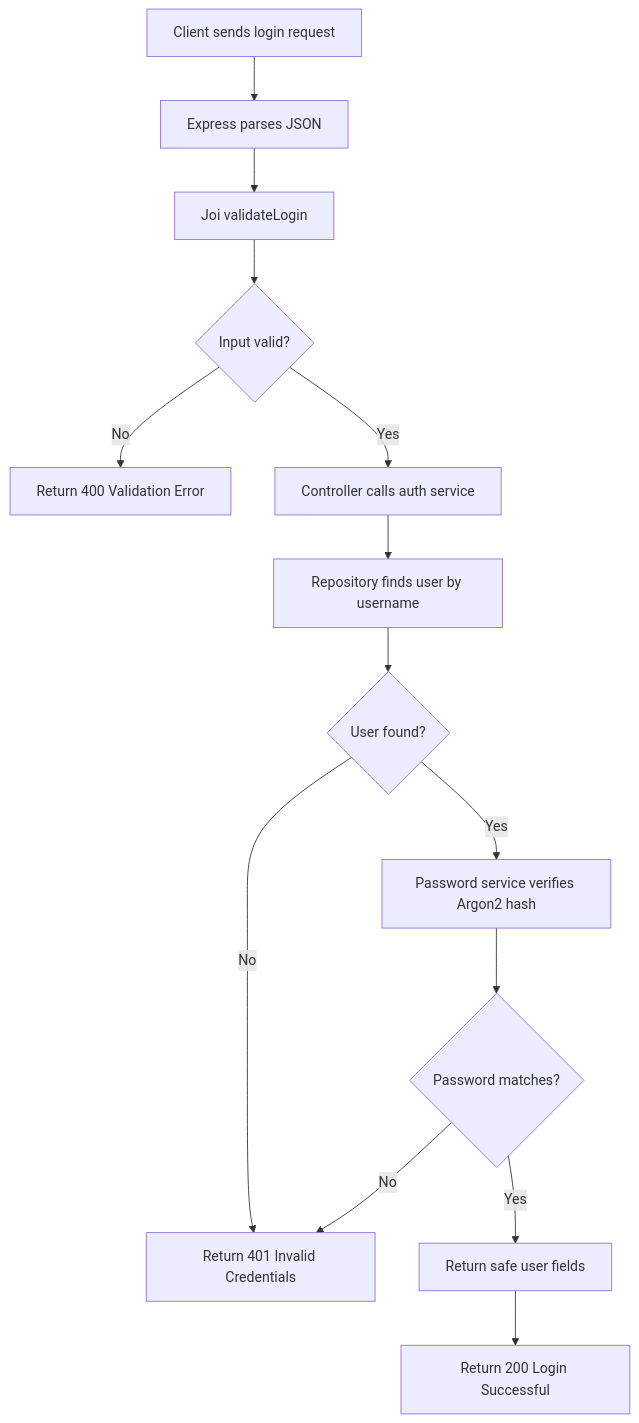
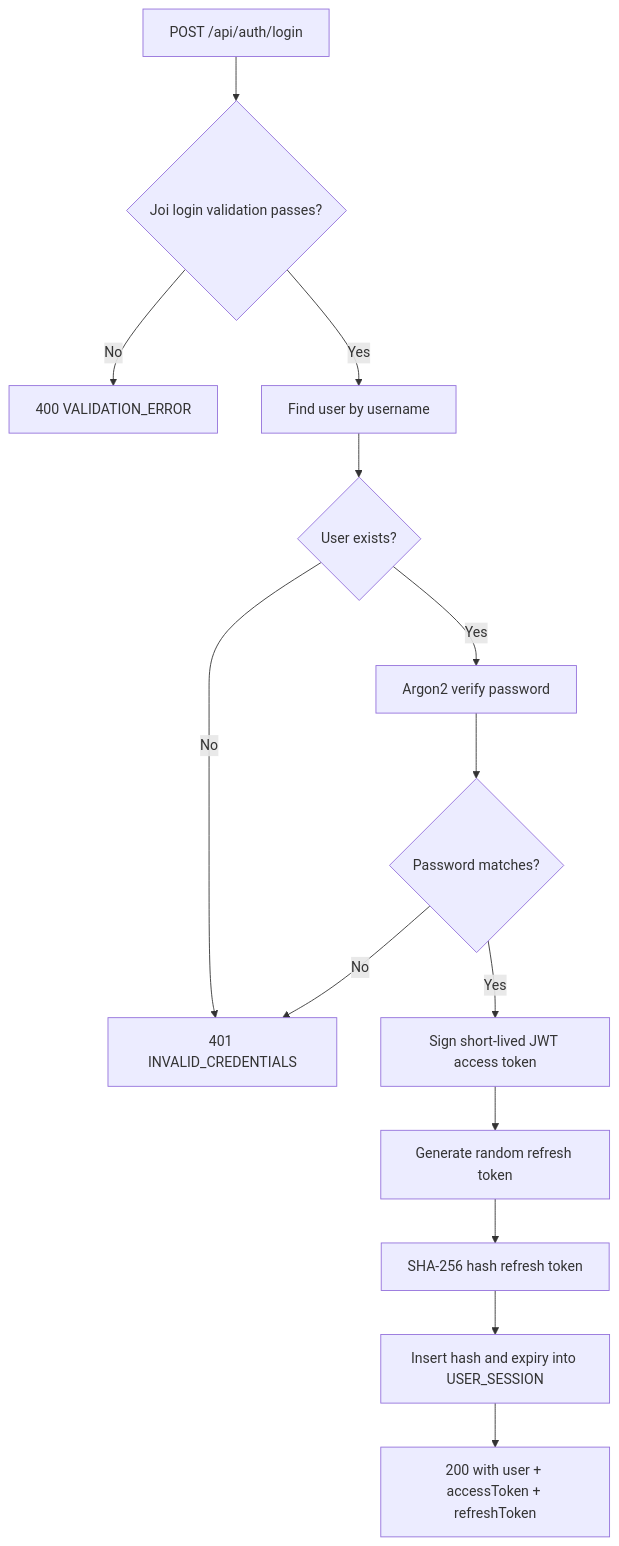
The second of 5 diagrams in README.md (kapilchand750-lang/mini_uber), drawn with Mermaid before and after one commit. The commit also changed other lines of this file, not shown here.

````diff
--- a/README.md
+++ b/README.md
@@ -234,16 +246,16 @@
-```mermaid
+``` mermaid
 flowchart TD
-    A[Client sends login request] --> B[Express parses JSON]
-    B --> C[Joi validateLogin]
-    C --> D{Input valid?}
-    D -- No --> E[Return 400 Validation Error]
-    D -- Yes --> F[Controller calls auth service]
-    F --> G[Repository finds user by username]
-    G --> H{User found?}
-    H -- No --> I[Return 401 Invalid Credentials]
-    H -- Yes --> J[Password service verifies Argon2 hash]
-    J --> K{Password matches?}
-    K -- No --> I
-    K -- Yes --> L[Return safe user fields]
-    L --> M[Return 200 Login Successful]
+    A[POST /api/auth/login] --> B{Joi login validation passes?}
+    B -- No --> C[400 VALIDATION_ERROR]
+    B -- Yes --> D[Find user by username]
+    D --> E{User exists?}
+    E -- No --> X[401 INVALID_CREDENTIALS]
+    E -- Yes --> F[Argon2 verify password]
+    F --> G{Password matches?}
+    G -- No --> X
+    G -- Yes --> H[Sign short-lived JWT access token]
+    H --> I[Generate random refresh token]
+    I --> J[SHA-256 hash refresh token]
+    J --> K[Insert hash and expiry into USER_SESSION]
+    K --> L[200 with user + accessToken + refreshToken]
 ```
````
